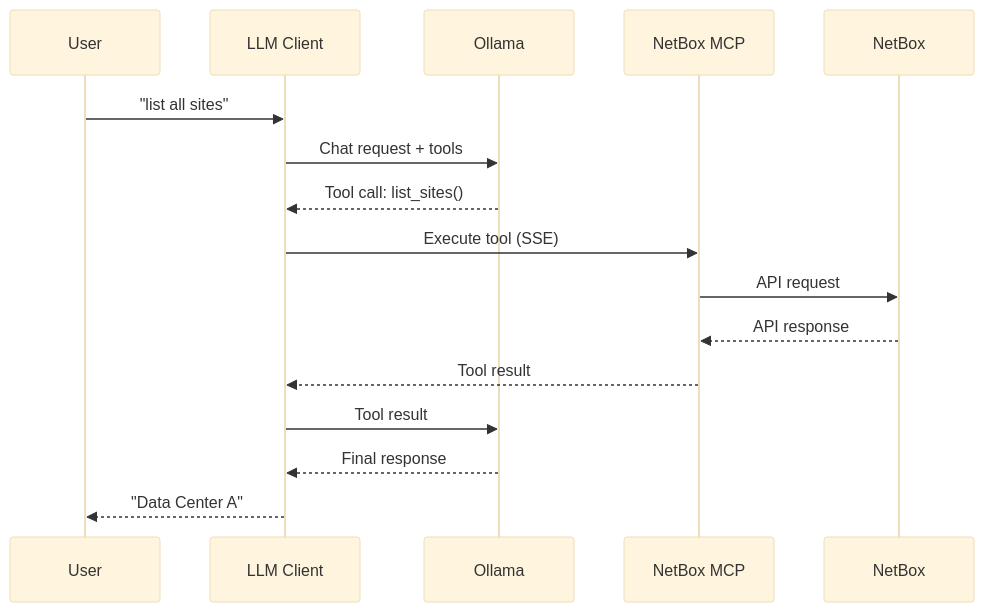
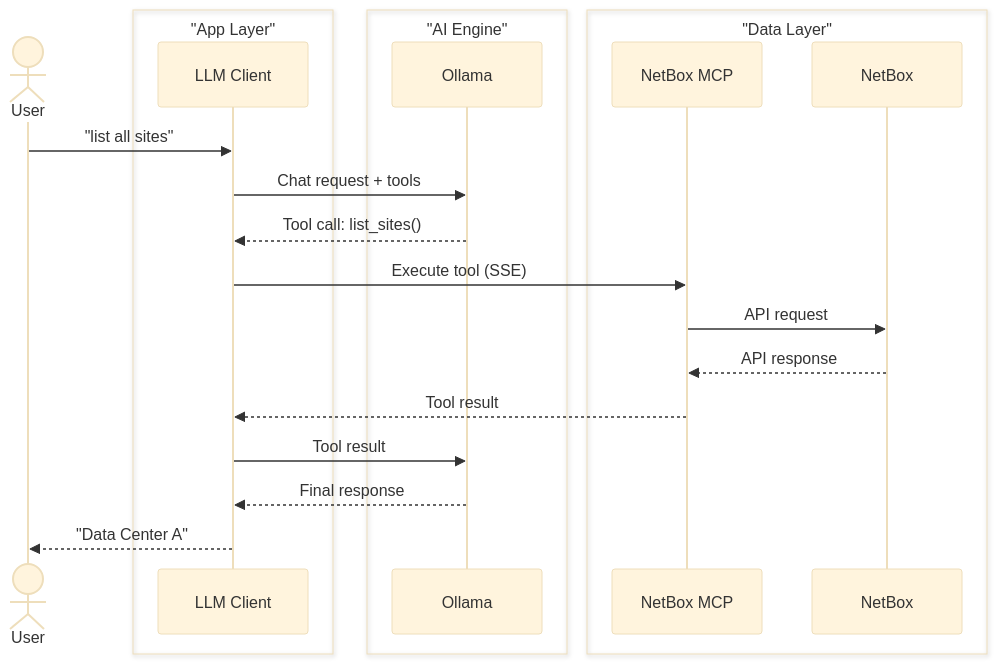
The diagram in README.md (indi9o/lab_llmnetops), drawn with Mermaid (base theme) before and after one commit.

Commit message:
feat: categorize Mermaid diagram participants into logical layers and use actor role.

````diff
--- a/README.md
+++ b/README.md
@@ -18,19 +18,25 @@
 ```mermaid
 sequenceDiagram
-    participant User
-    participant LLM Client
-    participant Ollama
-    participant NetBox MCP
-    participant NetBox
+    actor User
+    box "App Layer" #e6f3ff
+        participant LLM Client
+    end
+    box "AI Engine" #e6ffe6
+        participant Ollama
+    end
+    box "Data Layer" #fff0e6
+        participant NetBox MCP
+        participant NetBox
+    end
 
     User->>LLM Client: "list all sites"
     LLM Client->>Ollama: Chat request + tools
     Ollama-->>LLM Client: Tool call: list_sites()
     LLM Client->>NetBox MCP: Execute tool (SSE)
     NetBox MCP->>NetBox: API request
     NetBox-->>NetBox MCP: API response
     NetBox MCP-->>LLM Client: Tool result
     LLM Client->>Ollama: Tool result
     Ollama-->>LLM Client: Final response
     LLM Client-->>User: "Data Center A"
 ```
````
